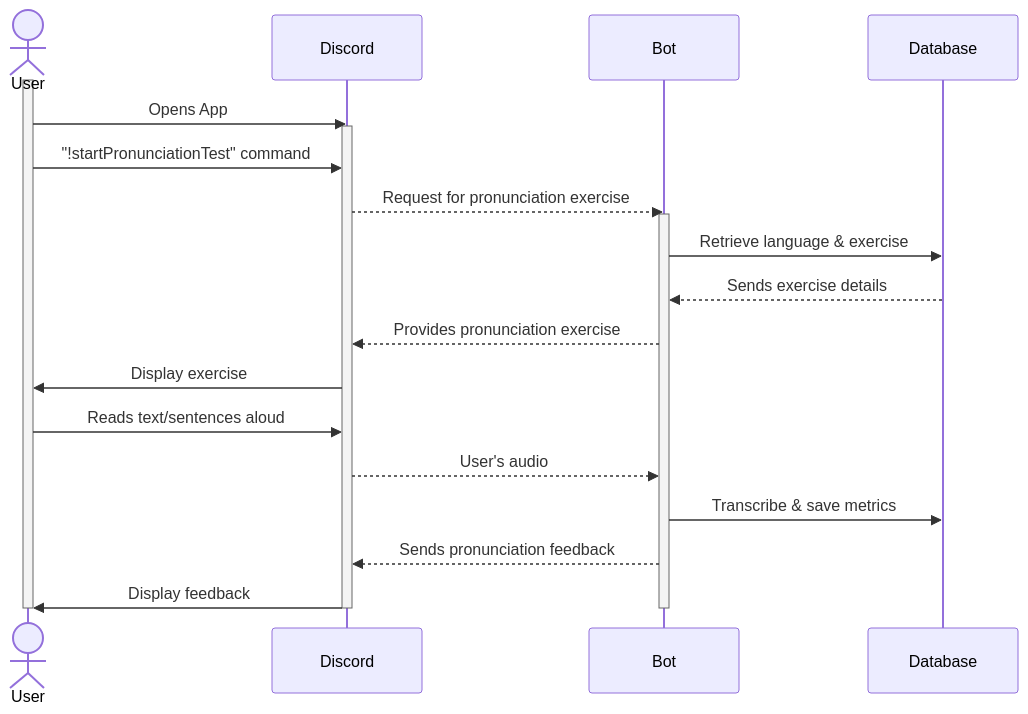
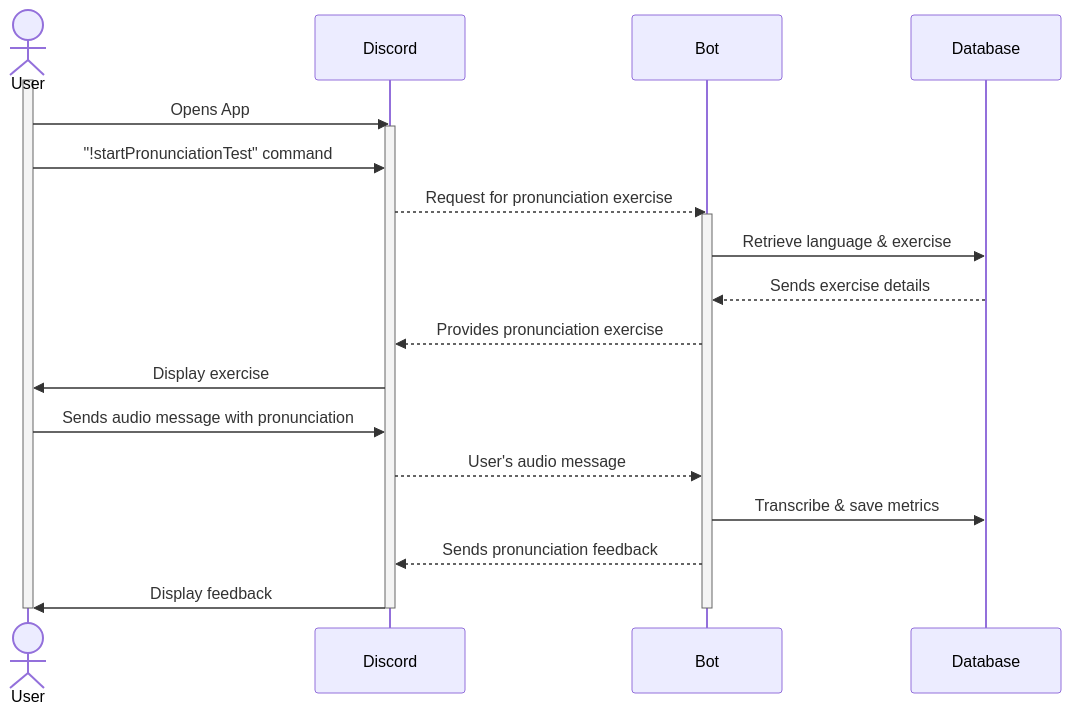
One commit to Capstone-Projects-2023-Fall/project-language-learning-discord-bot changed the third of 6 diagrams in documentation/docs/system-architecture/sequence-diagrams.md. Above: the diagram before and after it, drawn with Mermaid. The commit also changed other lines of this file, not shown here.

Commit message:
Revised sequence-diagrams.md

````diff
--- a/documentation/docs/system-architecture/sequence-diagrams.md
+++ b/documentation/docs/system-architecture/sequence-diagrams.md
@@ -105,27 +124,27 @@
 ```mermaid
 sequenceDiagram
     actor U as User
     participant D as Discord
     participant B as Bot
     participant DB as Database
     
     activate U
     U->>D: Opens App
     activate D
     U->>D: "!startPronunciationTest" command
     D-->>B: Request for pronunciation exercise
     activate B
     B->>DB: Retrieve language & exercise
     DB-->>B: Sends exercise details
     B-->>D: Provides pronunciation exercise
     D->>U: Display exercise
-    U->>D: Reads text/sentences aloud
-    D-->>B: User's audio
+    U->>D: Sends audio message with pronunciation
+    D-->>B: User's audio message
     B->>DB: Transcribe & save metrics
     B-->>D: Sends pronunciation feedback
     D->>U: Display feedback
     deactivate B
     deactivate D
     deactivate U
 
 ```
````
